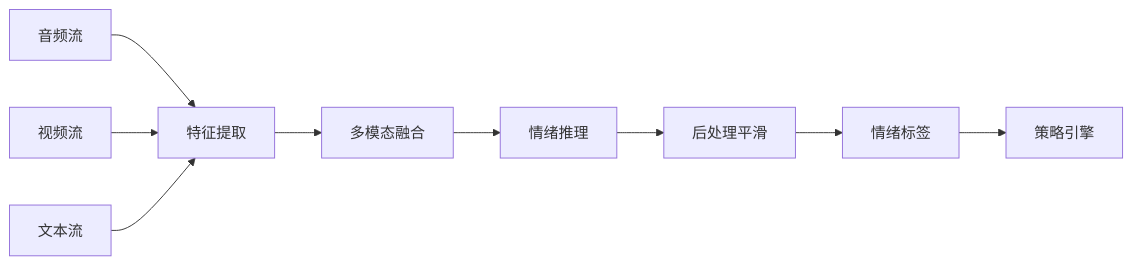
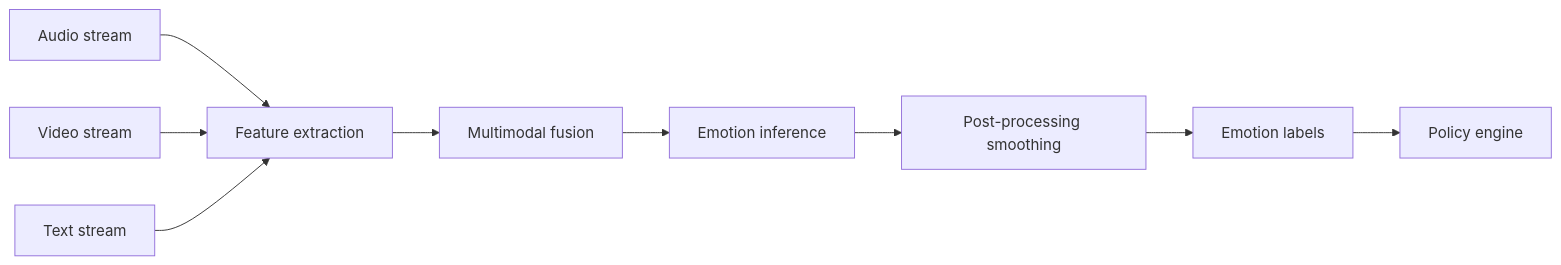
One commit to teaglebuilt/knowledge-tree changed the second of 3 diagrams in tree/application/architecture/affective-computing.md. Above: the diagram before and after it, drawn with Mermaid. The commit also changed other lines of this file and 16 other files, not shown here.

````diff
--- a/tree/application/architecture/affective-computing.md
+++ b/tree/application/architecture/affective-computing.md
@@ -218,11 +218,11 @@
 ```mermaid
 flowchart LR
-    A[音频流] --> D[特征提取]
-    B[视频流] --> D
-    C[文本流] --> D
-    D --> E[多模态融合]
-    E --> F[情绪推理]
-    F --> G[后处理平滑]
-    G --> H[情绪标签]
-    H --> I[策略引擎]
+    A[Audio stream] --> D[Feature extraction]
+    B[Video stream] --> D
+    C[Text stream] --> D
+    D --> E[Multimodal fusion]
+    E --> F[Emotion inference]
+    F --> G[Post-processing smoothing]
+    G --> H[Emotion labels]
+    H --> I[Policy engine]
 ```
````
